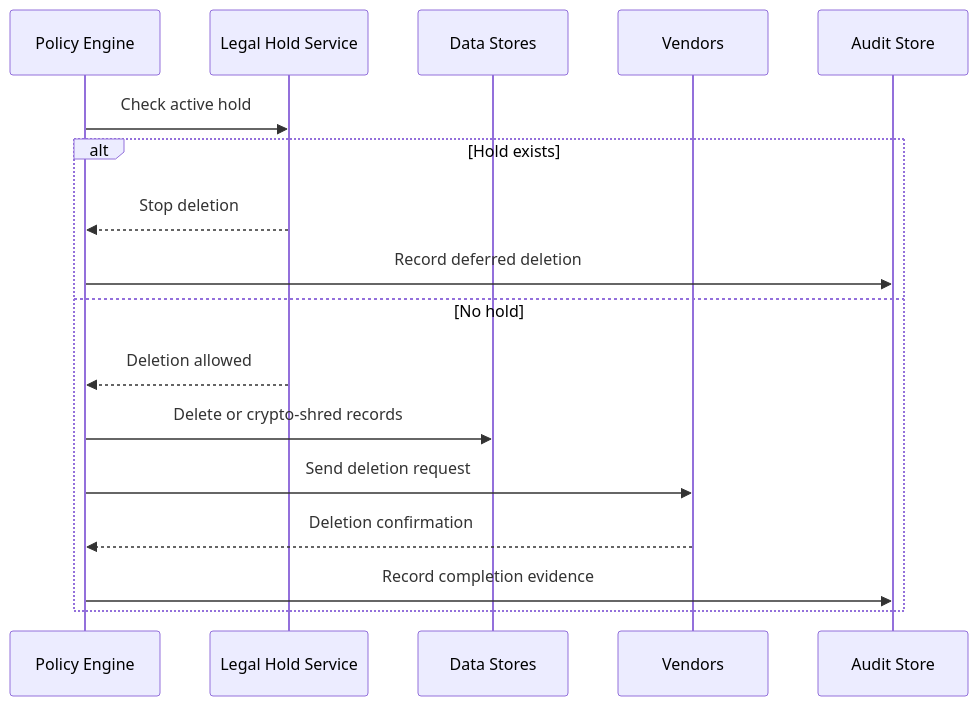
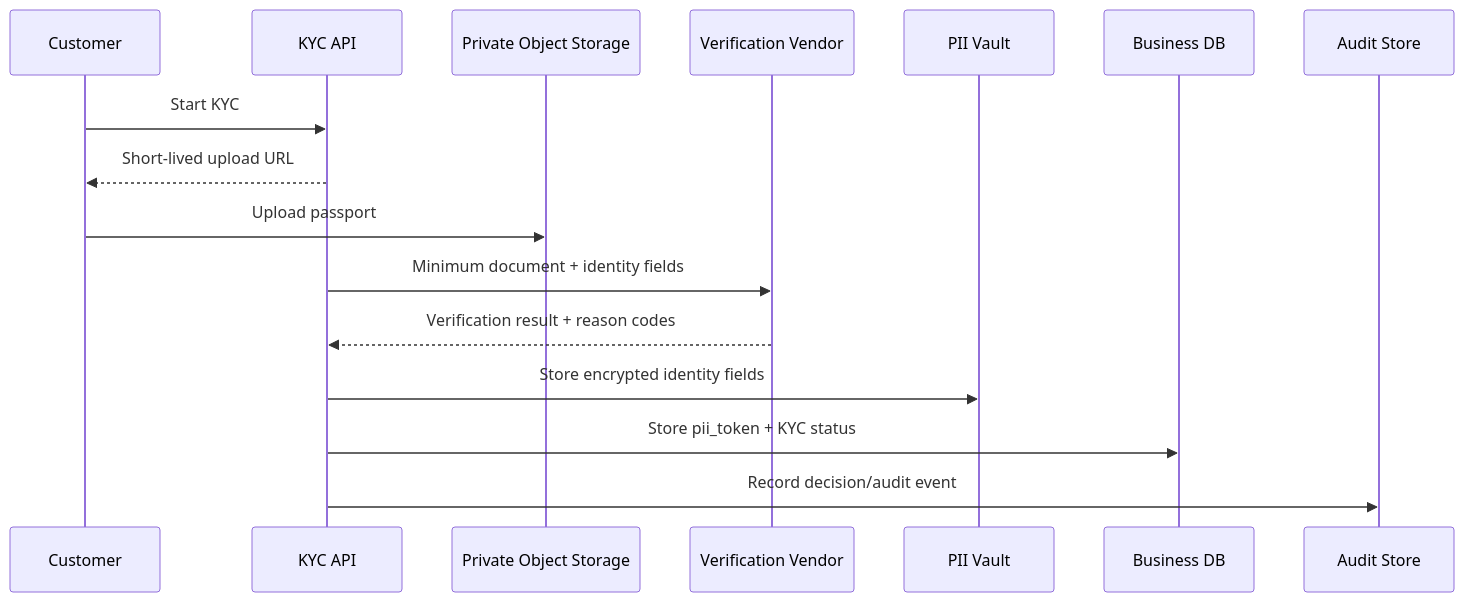
Before and after one commit to AvadhBhalodiya/Interview-Preparation: the fifth of 6 diagrams in src/content/security/pii-kyc-data-handling.md, drawn with Mermaid. The commit also changed other lines of this file and 54 other files, not shown here.

````diff
--- a/src/content/security/pii-kyc-data-handling.md
+++ b/src/content/security/pii-kyc-data-handling.md
@@ -992,20 +459,19 @@
 ```mermaid
 sequenceDiagram
-    participant P as Policy Engine
-    participant L as Legal Hold Service
-    participant D as Data Stores
-    participant V as Vendors
+    participant C as Customer
+    participant API as KYC API
+    participant OS as Private Object Storage
+    participant V as Verification Vendor
+    participant P as PII Vault
+    participant B as Business DB
     participant A as Audit Store
 
-    P->>L: Check active hold
-    alt Hold exists
-        L-->>P: Stop deletion
-        P->>A: Record deferred deletion
-    else No hold
-        L-->>P: Deletion allowed
-        P->>D: Delete or crypto-shred records
-        P->>V: Send deletion request
-        V-->>P: Deletion confirmation
-        P->>A: Record completion evidence
-    end
+    C->>API: Start KYC
+    API-->>C: Short-lived upload URL
+    C->>OS: Upload passport
+    API->>V: Minimum document + identity fields
+    V-->>API: Verification result + reason codes
+    API->>P: Store encrypted identity fields
+    API->>B: Store pii_token + KYC status
+    API->>A: Record decision/audit event
 ```
````
